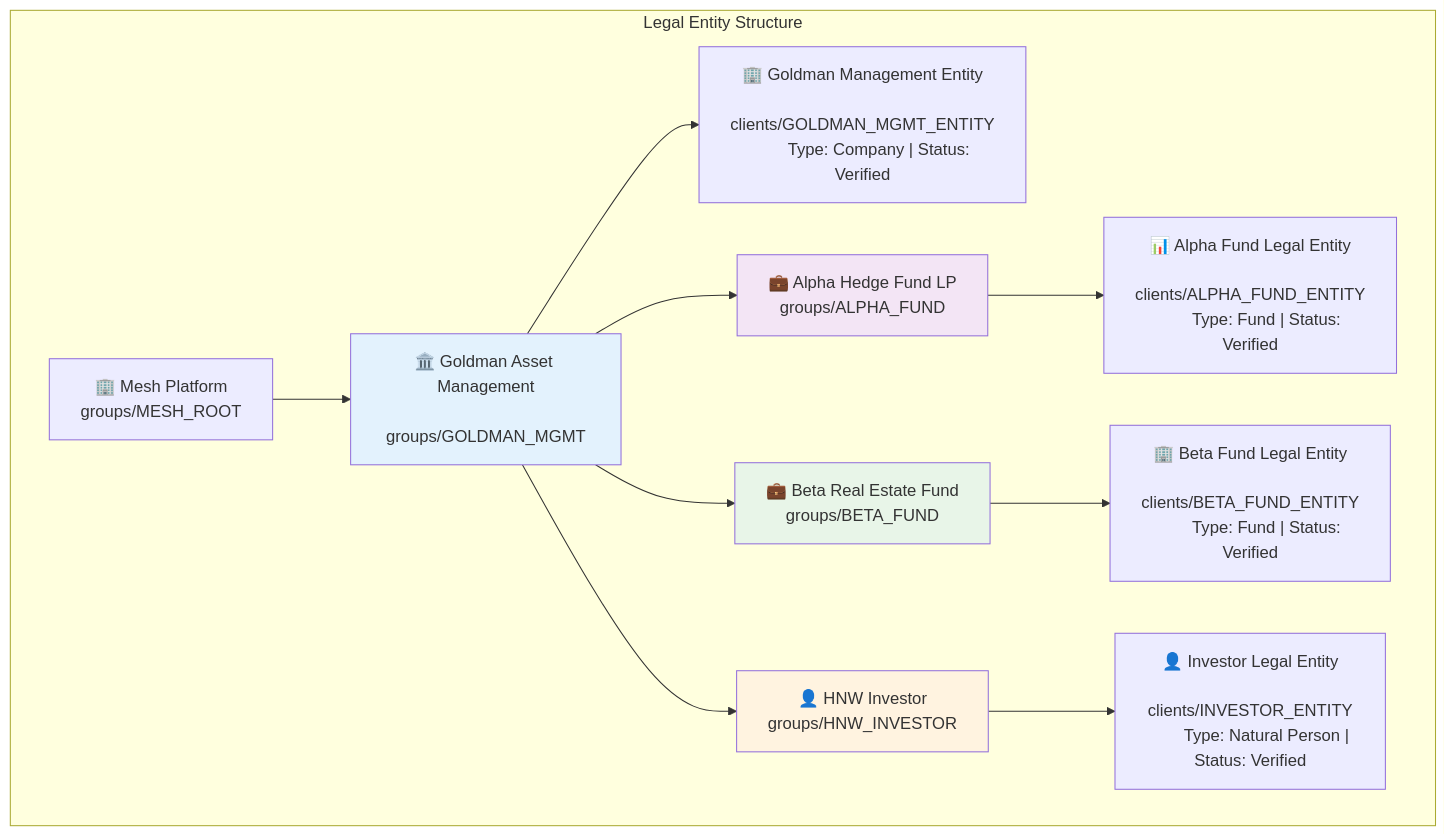
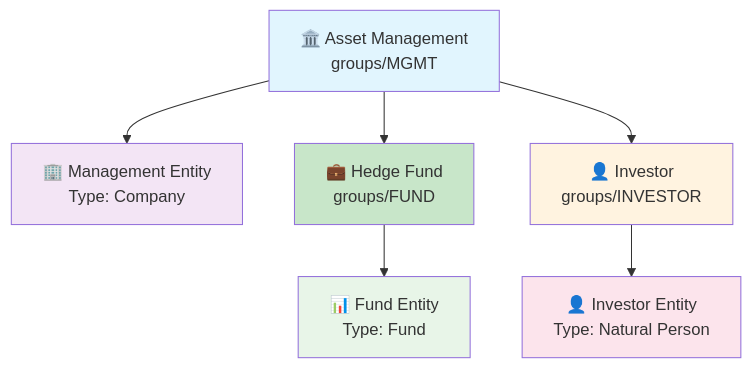
One commit to meshtrade/api changed the second of 2 diagrams in docs/docs/architecture/legal-entities.mdx. Above: the diagram before and after it, drawn with Mermaid. The commit also changed other lines of this file and 5 other files, not shown here.

````diff
--- a/docs/docs/architecture/legal-entities.mdx
+++ b/docs/docs/architecture/legal-entities.mdx
@@ -262,46 +88,30 @@
 ```mermaid
 graph TD
-    subgraph "Legal Entity Structure"
-        MeshRoot["🏢 Mesh Platform
-        groups/MESH_ROOT"]
+    ManagementGroup["🏛️ Asset Management
+    groups/MGMT"]
+    ManagementClient["🏢 Management Entity
+    Type: Company"]
 
-        ManagementGroup["🏛️ Goldman Asset Management
-        groups/GOLDMAN_MGMT"]
-        ManagementClient["🏢 Goldman Management Entity
-        clients/GOLDMAN_MGMT_ENTITY
-        Type: Company | Status: Verified"]
+    AlphaFundGroup["💼 Hedge Fund
+    groups/FUND"]
+    AlphaFundClient["📊 Fund Entity
+    Type: Fund"]
 
-        AlphaFundGroup["💼 Alpha Hedge Fund LP
-        groups/ALPHA_FUND"]
-        AlphaFundClient["📊 Alpha Fund Legal Entity
-        clients/ALPHA_FUND_ENTITY
-        Type: Fund | Status: Verified"]
+    InvestorGroup["👤 Investor
+    groups/INVESTOR"]
+    InvestorClient["👤 Investor Entity
+    Type: Natural Person"]
 
-        BetaFundGroup["💼 Beta Real Estate Fund
-        groups/BETA_FUND"]
-        BetaFundClient["🏢 Beta Fund Legal Entity
-        clients/BETA_FUND_ENTITY
-        Type: Fund | Status: Verified"]
+    ManagementGroup --> ManagementClient
+    ManagementGroup --> AlphaFundGroup
+    ManagementGroup --> InvestorGroup
+    AlphaFundGroup --> AlphaFundClient
+    InvestorGroup --> InvestorClient
 
-        InvestorGroup["👤 HNW Investor
-        groups/HNW_INVESTOR"]
-        InvestorClient["👤 Investor Legal Entity
-        clients/INVESTOR_ENTITY
-        Type: Natural Person | Status: Verified"]
-
-        MeshRoot --> ManagementGroup
-        ManagementGroup --> ManagementClient
-        ManagementGroup --> AlphaFundGroup
-        ManagementGroup --> BetaFundGroup
-        ManagementGroup --> InvestorGroup
-
-        AlphaFundGroup --> AlphaFundClient
-        BetaFundGroup --> BetaFundClient
-        InvestorGroup --> InvestorClient
-
-        style ManagementGroup fill:#e3f2fd
-        style AlphaFundGroup fill:#f3e5f5
-        style BetaFundGroup fill:#e8f5e8
-        style InvestorGroup fill:#fff3e0
-    end
+    style ManagementGroup fill:#e1f5fe
+    style AlphaFundGroup fill:#c8e6c9
+    style InvestorGroup fill:#fff3e0
+    style ManagementClient fill:#f3e5f5
+    style AlphaFundClient fill:#e8f5e8
+    style InvestorClient fill:#fce4ec
 ```
````
